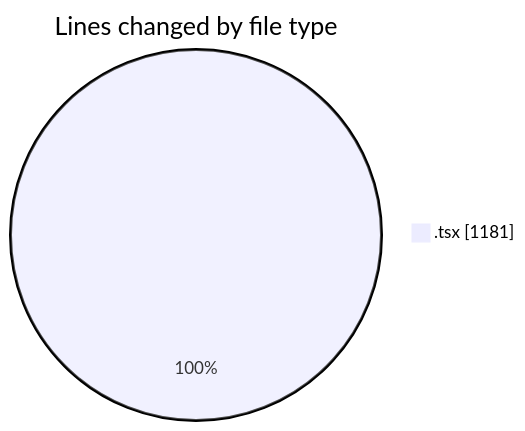
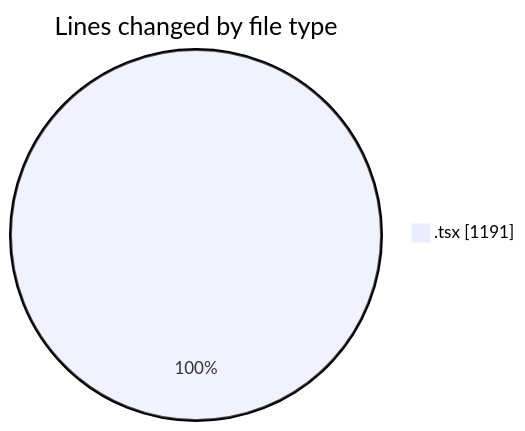
Before and after one commit to JenPaints/code-tracking: the first of 2 diagrams in 2025-06-25/archive/README.md, drawn with Mermaid. The commit also changed other lines of this file and 1 other file, not shown here.

````diff
--- a/2025-06-25/archive/README.md
+++ b/2025-06-25/archive/README.md
@@ -22,5 +22,5 @@
 ```mermaid
 pie showData
 title Lines changed by file type
-".tsx" : 1181
+".tsx" : 1191
 ```
````
